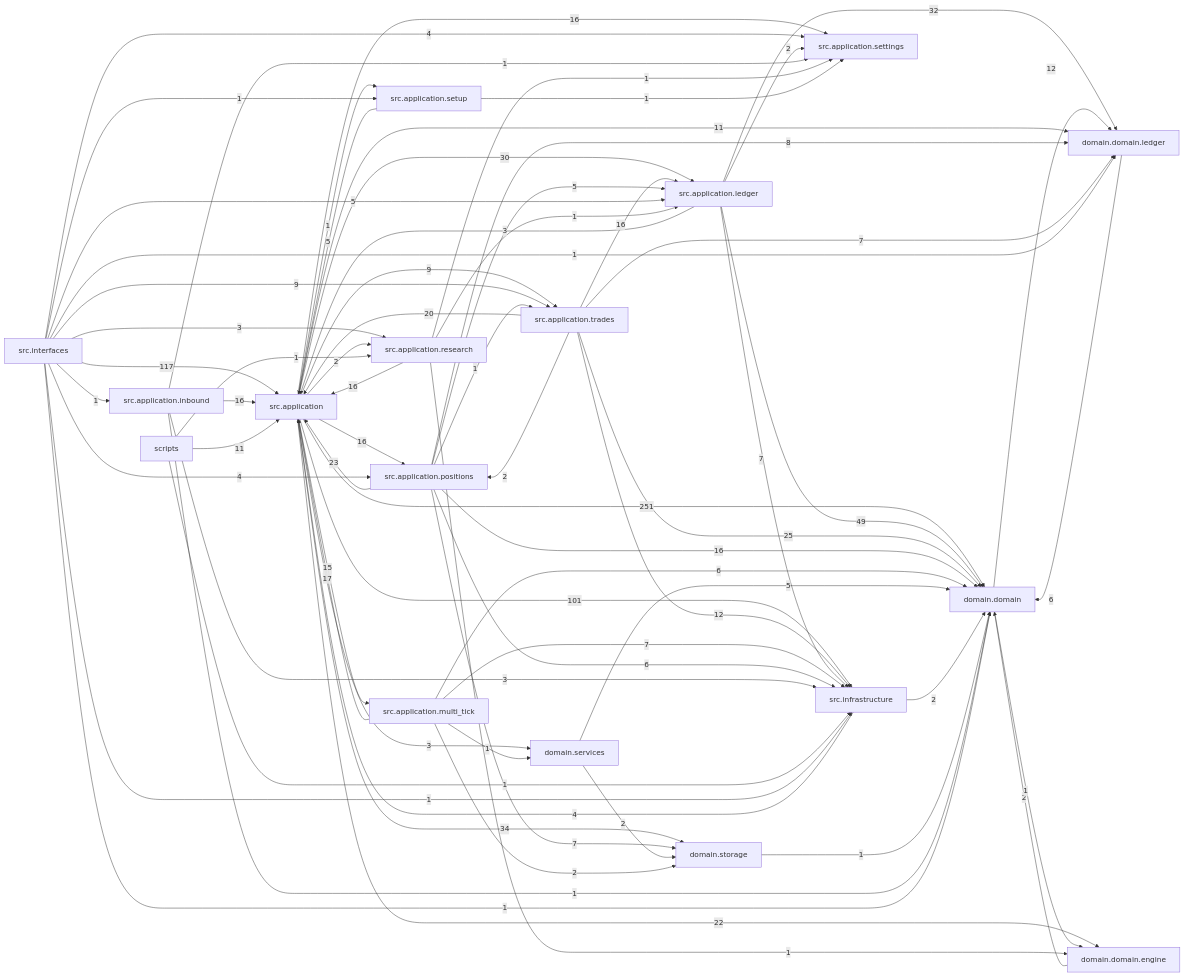
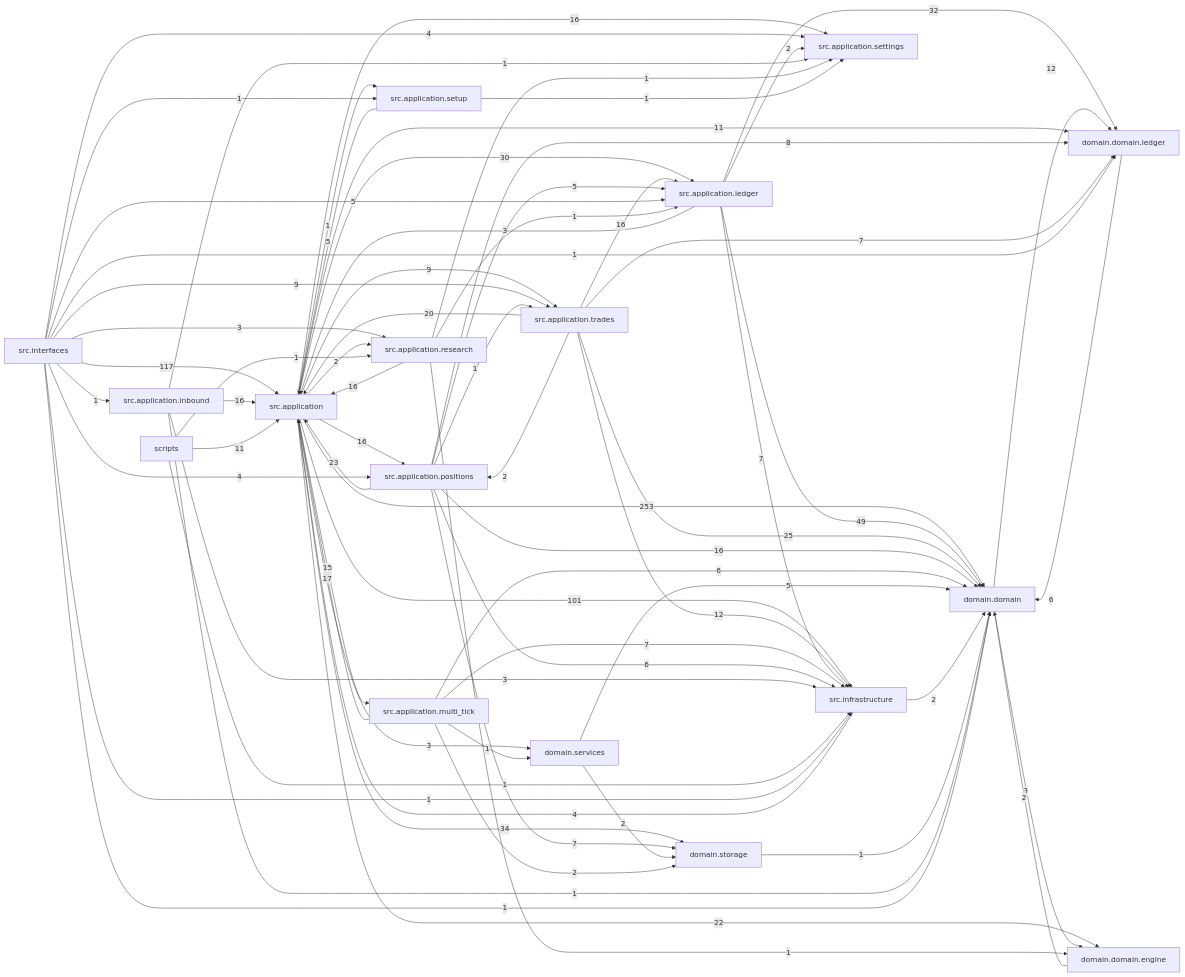
Before and after one commit to liuxie066/options-monitor: the diagram in docs/dependency_graph.mmd, drawn with Mermaid. The commit also changed 62 other files, not shown here.

```diff
--- a/docs/dependency_graph.mmd
+++ b/docs/dependency_graph.mmd
@@ -1,70 +1,70 @@
 flowchart LR
-  src_application["src.application"] -->|251| domain_domain["domain.domain"]
+  src_application["src.application"] -->|253| domain_domain["domain.domain"]
   src_interfaces["src.interfaces"] -->|117| src_application["src.application"]
   src_application["src.application"] -->|101| src_infrastructure["src.infrastructure"]
   src_application_ledger["src.application.ledger"] -->|49| domain_domain["domain.domain"]
   src_application["src.application"] -->|34| domain_storage["domain.storage"]
   src_application_ledger["src.application.ledger"] -->|32| domain_domain_ledger["domain.domain.ledger"]
   src_application["src.application"] -->|30| src_application_ledger["src.application.ledger"]
   src_application_trades["src.application.trades"] -->|25| domain_domain["domain.domain"]
   src_application_positions["src.application.positions"] -->|23| src_application["src.application"]
   src_application["src.application"] -->|22| domain_domain_engine["domain.domain.engine"]
   src_application_trades["src.application.trades"] -->|20| src_application["src.application"]
   src_application_multi_tick["src.application.multi_tick"] -->|17| src_application["src.application"]
   src_application["src.application"] -->|16| src_application_positions["src.application.positions"]
   src_application["src.application"] -->|16| src_application_settings["src.application.settings"]
   src_application_inbound["src.application.inbound"] -->|16| src_application["src.application"]
   src_application_positions["src.application.positions"] -->|16| domain_domain["domain.domain"]
   src_application_research["src.application.research"] -->|16| src_application["src.application"]
   src_application_trades["src.application.trades"] -->|16| src_application_ledger["src.application.ledger"]
   src_application["src.application"] -->|15| src_application_multi_tick["src.application.multi_tick"]
   domain_domain["domain.domain"] -->|12| domain_domain_ledger["domain.domain.ledger"]
   src_application_trades["src.application.trades"] -->|12| src_infrastructure["src.infrastructure"]
   scripts["scripts"] -->|11| src_application["src.application"]
   src_application["src.application"] -->|11| domain_domain_ledger["domain.domain.ledger"]
   src_application["src.application"] -->|9| src_application_trades["src.application.trades"]
   src_interfaces["src.interfaces"] -->|9| src_application_trades["src.application.trades"]
   src_application_positions["src.application.positions"] -->|8| domain_domain_ledger["domain.domain.ledger"]
   src_application_ledger["src.application.ledger"] -->|7| src_infrastructure["src.infrastructure"]
   src_application_multi_tick["src.application.multi_tick"] -->|7| src_infrastructure["src.infrastructure"]
   src_application_positions["src.application.positions"] -->|7| domain_storage["domain.storage"]
   src_application_trades["src.application.trades"] -->|7| domain_domain_ledger["domain.domain.ledger"]
   domain_domain_ledger["domain.domain.ledger"] -->|6| domain_domain["domain.domain"]
   src_application_multi_tick["src.application.multi_tick"] -->|6| domain_domain["domain.domain"]
   src_application_positions["src.application.positions"] -->|6| src_infrastructure["src.infrastructure"]
   domain_services["domain.services"] -->|5| domain_domain["domain.domain"]
   src_application_positions["src.application.positions"] -->|5| src_application_ledger["src.application.ledger"]
   src_application_setup["src.application.setup"] -->|5| src_application["src.application"]
   src_interfaces["src.interfaces"] -->|5| src_application_ledger["src.application.ledger"]
   src_infrastructure["src.infrastructure"] -->|4| src_application["src.application"]
   src_interfaces["src.interfaces"] -->|4| src_application_positions["src.application.positions"]
   src_interfaces["src.interfaces"] -->|4| src_application_settings["src.application.settings"]
+  domain_domain["domain.domain"] -->|3| domain_domain_engine["domain.domain.engine"]
   src_application["src.application"] -->|3| domain_services["domain.services"]
   src_application_inbound["src.application.inbound"] -->|3| src_infrastructure["src.infrastructure"]
   src_application_ledger["src.application.ledger"] -->|3| src_application["src.application"]
   src_interfaces["src.interfaces"] -->|3| src_application_research["src.application.research"]
   domain_domain_engine["domain.domain.engine"] -->|2| domain_domain["domain.domain"]
   domain_services["domain.services"] -->|2| domain_storage["domain.storage"]
   src_application["src.application"] -->|2| src_application_research["src.application.research"]
   src_application_ledger["src.application.ledger"] -->|2| src_application_settings["src.application.settings"]
   src_application_multi_tick["src.application.multi_tick"] -->|2| domain_storage["domain.storage"]
   src_application_trades["src.application.trades"] -->|2| src_application_positions["src.application.positions"]
   src_infrastructure["src.infrastructure"] -->|2| domain_domain["domain.domain"]
-  domain_domain["domain.domain"] -->|1| domain_domain_engine["domain.domain.engine"]
   domain_storage["domain.storage"] -->|1| domain_domain["domain.domain"]
   scripts["scripts"] -->|1| src_application_research["src.application.research"]
   scripts["scripts"] -->|1| src_infrastructure["src.infrastructure"]
   src_application["src.application"] -->|1| src_application_setup["src.application.setup"]
   src_application_inbound["src.application.inbound"] -->|1| domain_domain["domain.domain"]
   src_application_inbound["src.application.inbound"] -->|1| src_application_settings["src.application.settings"]
   src_application_multi_tick["src.application.multi_tick"] -->|1| domain_services["domain.services"]
   src_application_positions["src.application.positions"] -->|1| src_application_trades["src.application.trades"]
   src_application_research["src.application.research"] -->|1| domain_domain_engine["domain.domain.engine"]
   src_application_research["src.application.research"] -->|1| src_application_ledger["src.application.ledger"]
   src_application_research["src.application.research"] -->|1| src_application_settings["src.application.settings"]
   src_application_setup["src.application.setup"] -->|1| src_application_settings["src.application.settings"]
   src_interfaces["src.interfaces"] -->|1| domain_domain["domain.domain"]
   src_interfaces["src.interfaces"] -->|1| domain_domain_ledger["domain.domain.ledger"]
   src_interfaces["src.interfaces"] -->|1| src_application_inbound["src.application.inbound"]
   src_interfaces["src.interfaces"] -->|1| src_application_setup["src.application.setup"]
   src_interfaces["src.interfaces"] -->|1| src_infrastructure["src.infrastructure"]
```
